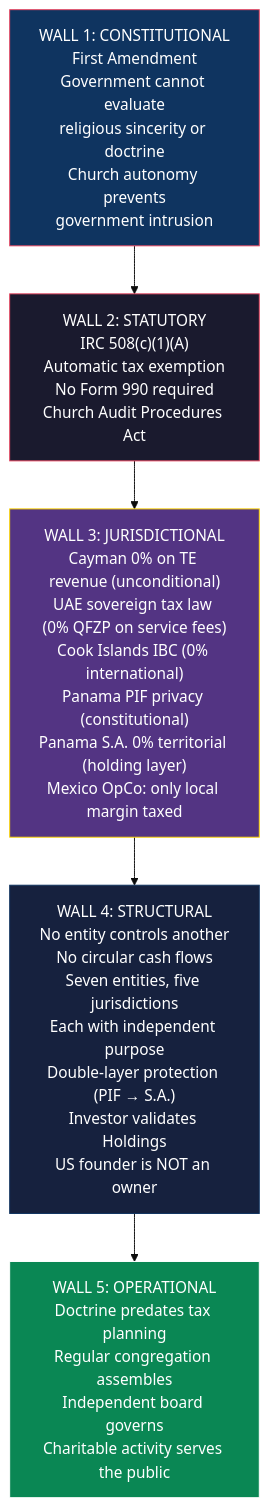
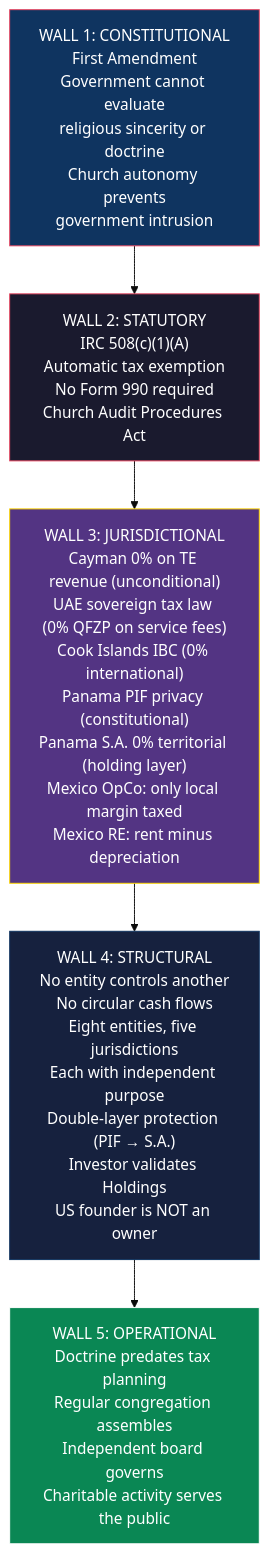
The diagram in docs/tax-structure/02-LEGAL-DEFENSE.md (Light-Brands/epic-center), drawn with Mermaid (base theme) before and after one commit. The commit also changed other lines of this file and 4 other files, not shown here.

First line of the commit message:
Add executive strategy briefing with mermaid diagrams for tax structure

````diff
--- a/docs/tax-structure/02-LEGAL-DEFENSE.md
+++ b/docs/tax-structure/02-LEGAL-DEFENSE.md
@@ -18,20 +18,20 @@
 ```mermaid
 graph TB
     W1["WALL 1: CONSTITUTIONAL<br/>First Amendment<br/>Government cannot evaluate<br/>religious sincerity or doctrine<br/>Church autonomy prevents<br/>government intrusion"]
 
     W2["WALL 2: STATUTORY<br/>IRC 508(c)(1)(A)<br/>Automatic tax exemption<br/>No Form 990 required<br/>Church Audit Procedures Act"]
 
-    W3["WALL 3: JURISDICTIONAL<br/>Cayman 0% on TE revenue (unconditional)<br/>UAE sovereign tax law (0% QFZP on service fees)<br/>Cook Islands IBC (0% international)<br/>Panama PIF privacy (constitutional)<br/>Panama S.A. 0% territorial (holding layer)<br/>Mexico OpCo: only local margin taxed"]
+    W3["WALL 3: JURISDICTIONAL<br/>Cayman 0% on TE revenue (unconditional)<br/>UAE sovereign tax law (0% QFZP on service fees)<br/>Cook Islands IBC (0% international)<br/>Panama PIF privacy (constitutional)<br/>Panama S.A. 0% territorial (holding layer)<br/>Mexico OpCo: only local margin taxed<br/>Mexico RE: rent minus depreciation"]
 
-    W4["WALL 4: STRUCTURAL<br/>No entity controls another<br/>No circular cash flows<br/>Seven entities, five jurisdictions<br/>Each with independent purpose<br/>Double-layer protection (PIF → S.A.)<br/>Investor validates Holdings<br/>US founder is NOT an owner"]
+    W4["WALL 4: STRUCTURAL<br/>No entity controls another<br/>No circular cash flows<br/>Eight entities, five jurisdictions<br/>Each with independent purpose<br/>Double-layer protection (PIF → S.A.)<br/>Investor validates Holdings<br/>US founder is NOT an owner"]
 
     W5["WALL 5: OPERATIONAL<br/>Doctrine predates tax planning<br/>Regular congregation assembles<br/>Independent board governs<br/>Charitable activity serves the public"]
 
     W1 --> W2 --> W3 --> W4 --> W5
 
     style W1 fill:#0f3460,stroke:#e94560,color:#fff
     style W2 fill:#1a1a2e,stroke:#e94560,color:#fff
     style W3 fill:#533483,stroke:#ffd700,color:#fff
     style W4 fill:#16213e,stroke:#0f3460,color:#fff
     style W5 fill:#0a8754,stroke:#fff,color:#fff
 ```
````
